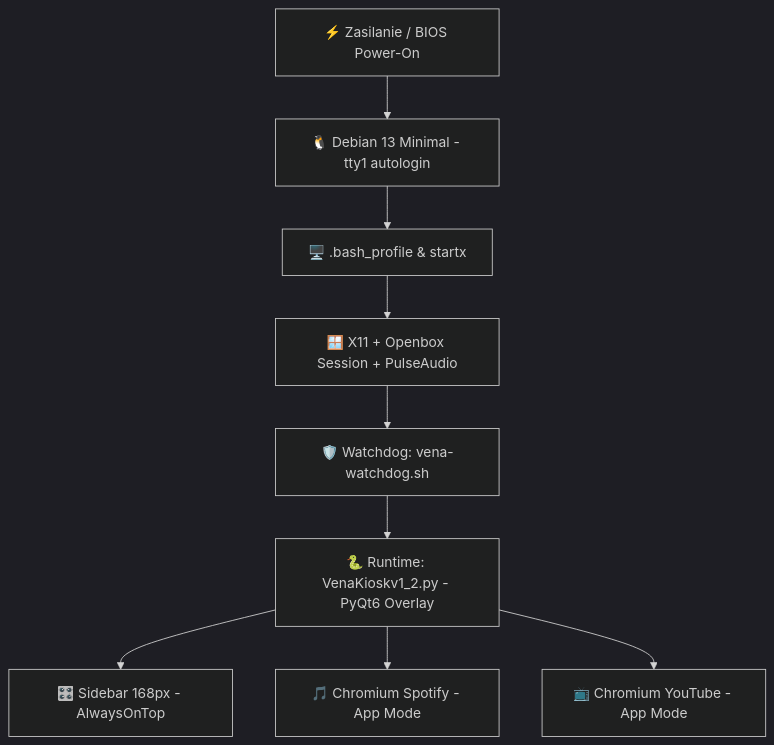
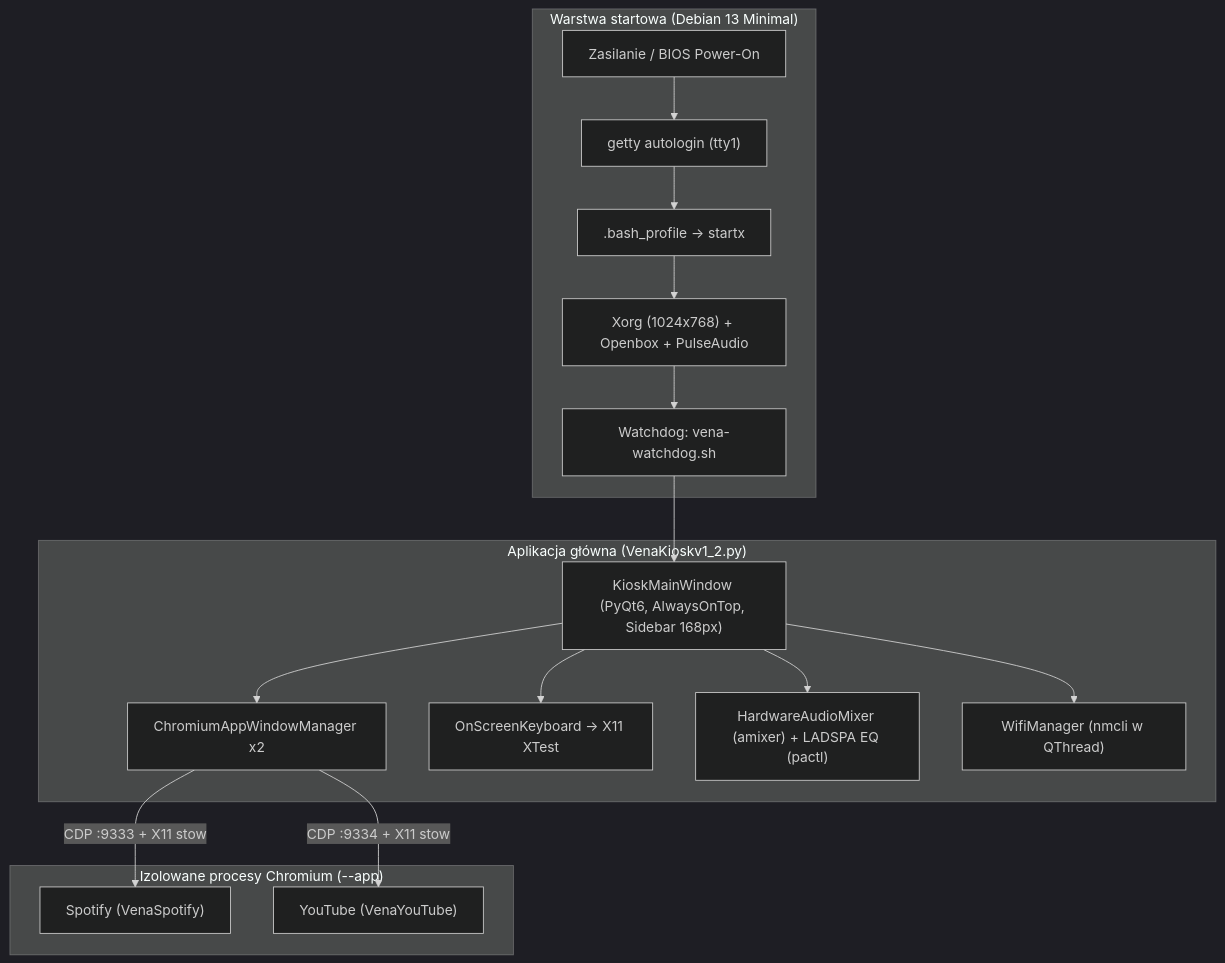
The diagram in README.md (AdamAdamnomnom/VenaV-speaker), drawn with Mermaid (dark theme) before and after one commit. The commit also changed other lines of this file, not shown here.

Commit message:
docs: rewrite README with system architecture, engineering trade-offs, and setup

````diff
--- a/README.md
+++ b/README.md
@@ -18,11 +18,22 @@
 ```mermaid
 flowchart TD
-    A[⚡ Zasilanie / BIOS Power-On] --> B[🐧 Debian 13 Minimal - tty1 autologin]
-    B --> C[🖥️ .bash_profile & startx]
-    C --> D[🪟 X11 + Openbox Session + PulseAudio]
-    D --> E[🛡️ Watchdog: vena-watchdog.sh]
-    E --> F[🐍 Runtime: VenaKioskv1_2.py - PyQt6 Overlay]
-    F --> G[🎛️ Sidebar 168px - AlwaysOnTop]
-    F --> H[🎵 Chromium Spotify - App Mode]
-    F --> I[📺 Chromium YouTube - App Mode]
+    subgraph Boot["Warstwa startowa (Debian 13 Minimal)"]
+        A["Zasilanie / BIOS Power-On"] --> B["getty autologin (tty1)"]
+        B --> C[".bash_profile -> startx"]
+        C --> D["Xorg (1024x768) + Openbox + PulseAudio"]
+        D --> E["Watchdog: vena-watchdog.sh"]
+    end
+
+    subgraph Runtime["Aplikacja główna (VenaKioskv1_2.py)"]
+        E --> F["KioskMainWindow (PyQt6, AlwaysOnTop, Sidebar 168px)"]
+        F --> G["ChromiumAppWindowManager x2"]
+        F --> H["OnScreenKeyboard -> X11 XTest"]
+        F --> I["HardwareAudioMixer (amixer) + LADSPA EQ (pactl)"]
+        F --> J["WifiManager (nmcli w QThread)"]
+    end
+
+    subgraph Browsers["Izolowane procesy Chromium (--app)"]
+        G -->|"CDP :9333 + X11 stow"| K["Spotify (VenaSpotify)"]
+        G -->|"CDP :9334 + X11 stow"| L["YouTube (VenaYouTube)"]
+    end
 ```
````
